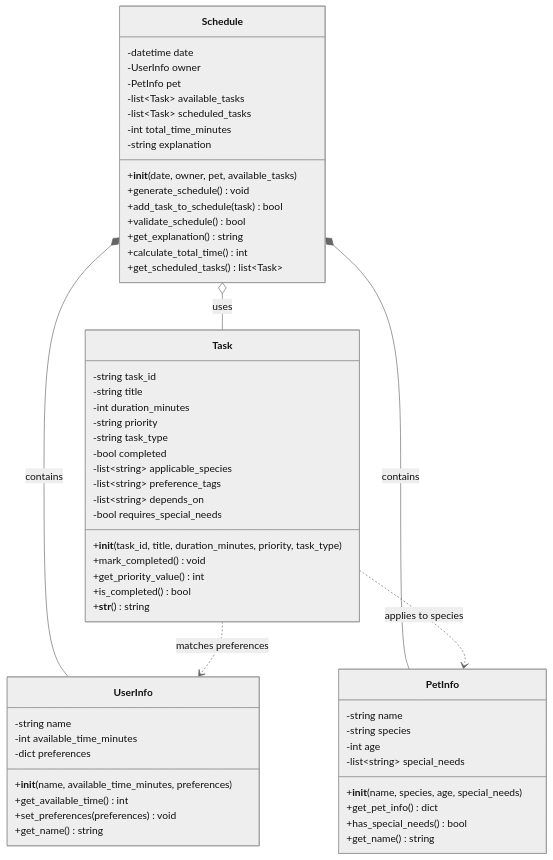
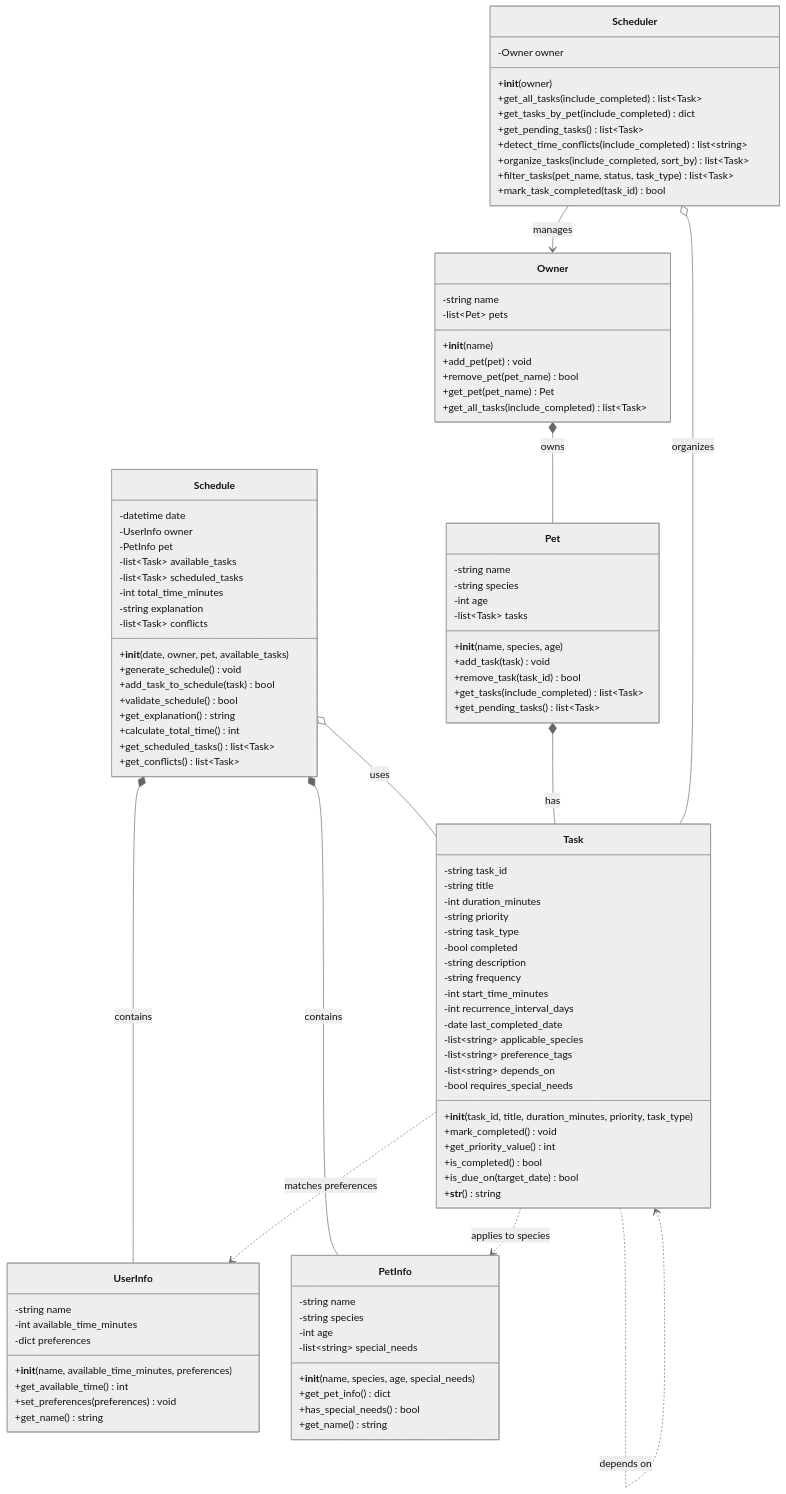
Before and after one commit to ChrisReid27/ai110-module2show-pawpal-starter: the diagram in class_diagram.md, drawn with Mermaid (neutral theme). The commit also changed other lines of this file and 4 other files, not shown here.

````diff
--- a/class_diagram.md
+++ b/class_diagram.md
@@ -32,6 +32,11 @@
         -string priority
         -string task_type
         -bool completed
+        -string description
+        -string frequency
+        -int start_time_minutes
+        -int recurrence_interval_days
+        -date last_completed_date
         -list~string~ applicable_species
         -list~string~ preference_tags
         -list~string~ depends_on
@@ -40,6 +45,7 @@
         +mark_completed() void
         +get_priority_value() int
         +is_completed() bool
+        +is_due_on(target_date) bool
         +__str__() string
     }
 
@@ -51,6 +57,7 @@
         -list~Task~ scheduled_tasks
         -int total_time_minutes
         -string explanation
+        -list~Task~ conflicts
         +__init__(date, owner, pet, available_tasks)
         +generate_schedule() void
         +add_task_to_schedule(task) bool
@@ -58,11 +65,51 @@
         +get_explanation() string
         +calculate_total_time() int
         +get_scheduled_tasks() list~Task~
+        +get_conflicts() list~Task~
+    }
+
+    class Pet {
+        -string name
+        -string species
+        -int age
+        -list~Task~ tasks
+        +__init__(name, species, age)
+        +add_task(task) void
+        +remove_task(task_id) bool
+        +get_tasks(include_completed) list~Task~
+        +get_pending_tasks() list~Task~
+    }
+
+    class Owner {
+        -string name
+        -list~Pet~ pets
+        +__init__(name)
+        +add_pet(pet) void
+        +remove_pet(pet_name) bool
+        +get_pet(pet_name) Pet
+        +get_all_tasks(include_completed) list~Task~
+    }
+
+    class Scheduler {
+        -Owner owner
+        +__init__(owner)
+        +get_all_tasks(include_completed) list~Task~
+        +get_tasks_by_pet(include_completed) dict
+        +get_pending_tasks() list~Task~
+        +detect_time_conflicts(include_completed) list~string~
+        +organize_tasks(include_completed, sort_by) list~Task~
+        +filter_tasks(pet_name, status, task_type) list~Task~
+        +mark_task_completed(task_id) bool
     }
 
     Schedule *-- UserInfo : contains
     Schedule *-- PetInfo : contains
     Schedule o-- Task : uses
+    Owner *-- Pet : owns
+    Pet *-- Task : has
+    Scheduler --> Owner : manages
+    Scheduler o-- Task : organizes
     Task ..> PetInfo : applies to species
     Task ..> UserInfo : matches preferences
+    Task ..> Task : depends on
 ```
````
